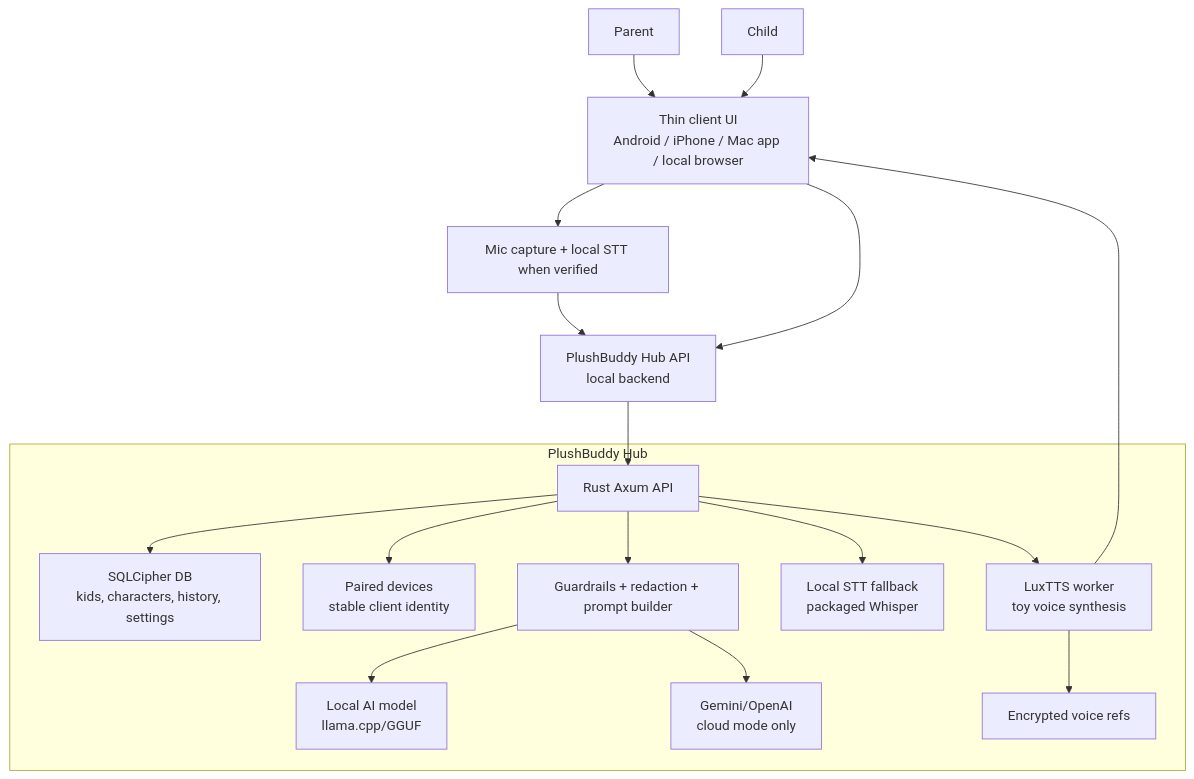
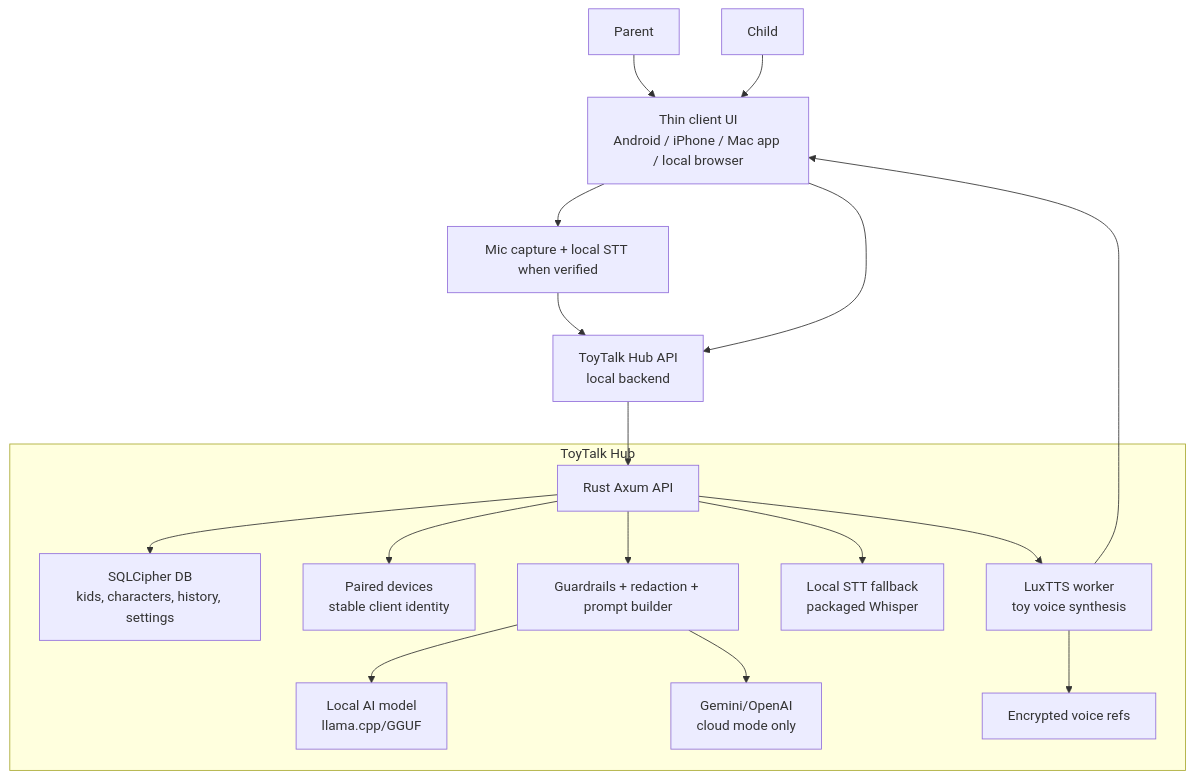
One commit to palwe-prafulla/plushpal changed the first of 4 diagrams in docs/architecture/SYSTEM_DESIGN.md. Above: the diagram before and after it, drawn with Mermaid. The commit also changed other lines of this file and 97 other files, not shown here.

Commit message:
Release ToyTalk V2 hub-client architecture

````diff
--- a/docs/architecture/SYSTEM_DESIGN.md
+++ b/docs/architecture/SYSTEM_DESIGN.md
@@ -220,32 +220,32 @@
 ```mermaid
 flowchart TB
     Parent["Parent"] --> Client["Thin client UI<br/>Android / iPhone / Mac app / local browser"]
     Child["Child"] --> Client
 
     Client --> Mic["Mic capture + local STT when verified"]
-    Mic --> HubAPI["PlushBuddy Hub API<br/>local backend"]
+    Mic --> HubAPI["ToyTalk Hub API<br/>local backend"]
     Client --> HubAPI
 
-    subgraph Hub["PlushBuddy Hub"]
+    subgraph Hub["ToyTalk Hub"]
         API["Rust Axum API"]
         DB["SQLCipher DB<br/>kids, characters, history, settings"]
         Pairing["Paired devices<br/>stable client identity"]
         Policy["Guardrails + redaction + prompt builder"]
         LocalSTT["Local STT fallback<br/>packaged Whisper"]
         LocalLLM["Local AI model<br/>llama.cpp/GGUF"]
         CloudLLM["Gemini/OpenAI<br/>cloud mode only"]
         TTS["LuxTTS worker<br/>toy voice synthesis"]
         VoiceStore["Encrypted voice refs"]
     end
 
     HubAPI --> API
     API --> DB
     API --> Pairing
     API --> Policy
     API --> LocalSTT
     Policy --> LocalLLM
     Policy --> CloudLLM
     API --> TTS
     TTS --> VoiceStore
     TTS --> Client
 ```
````
